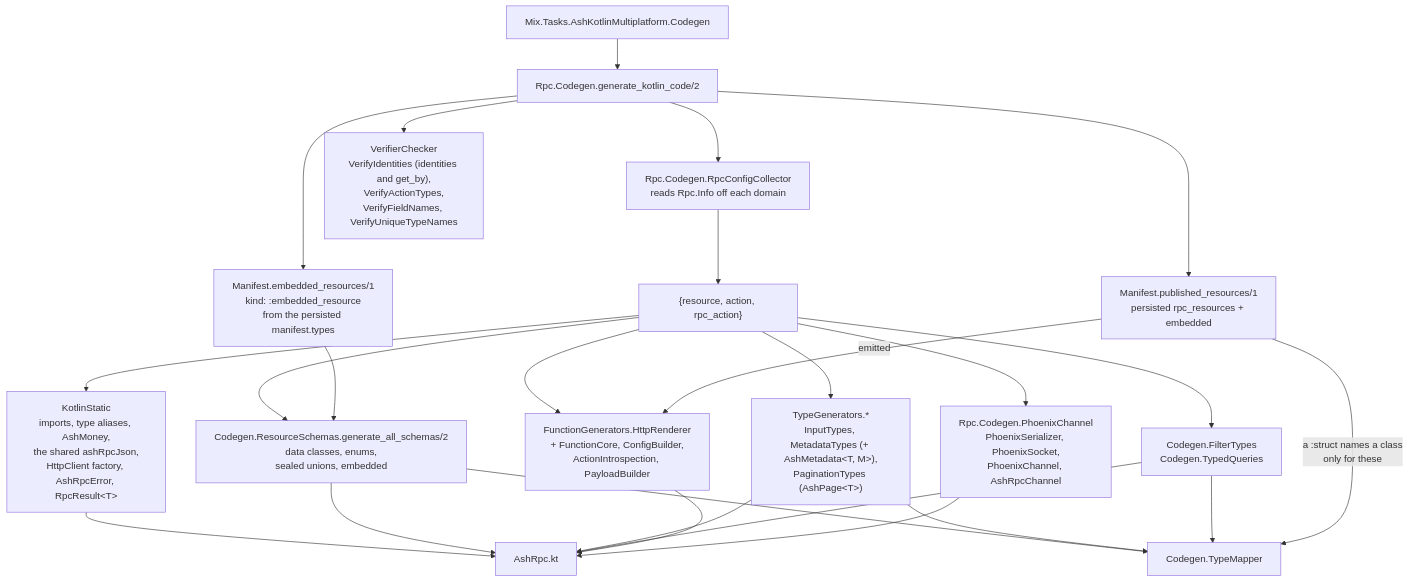
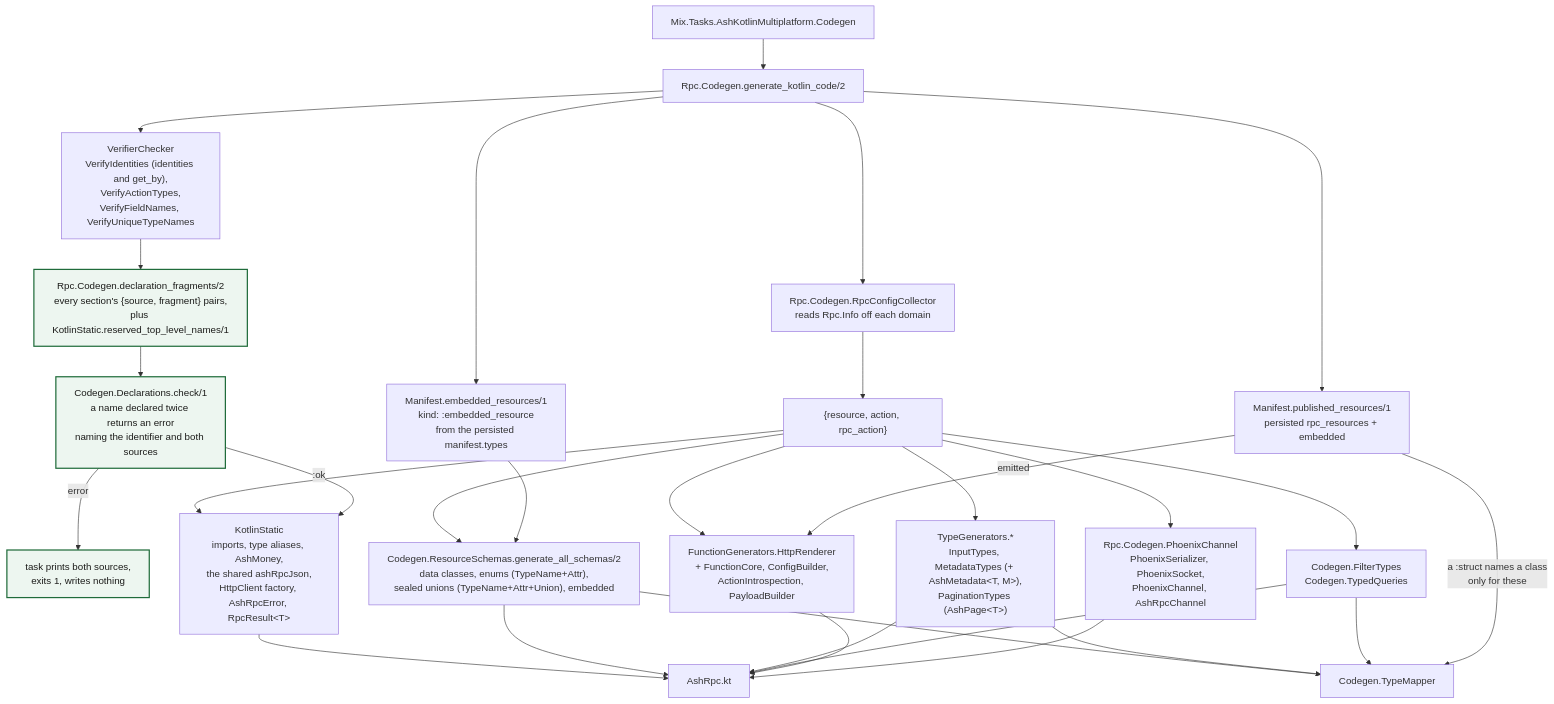
The third of 5 diagrams in docs/architecture.md (udin-io/ash_kotlin_multiplatform), drawn with Mermaid before and after one commit. The commit also changed other lines of this file and 17 other files, not shown here.

````diff
--- a/docs/architecture.md
+++ b/docs/architecture.md
@@ -93,32 +95,40 @@
 ```mermaid
 flowchart TD
     task["Mix.Tasks.AshKotlinMultiplatform.Codegen"] --> cg["Rpc.Codegen.generate_kotlin_code/2"]
 
     cg --> coll["Rpc.Codegen.RpcConfigCollector<br/>reads Rpc.Info off each domain"]
     cg --> emb["Manifest.embedded_resources/1<br/>kind: :embedded_resource<br/>from the persisted manifest.types"]
     cg --> pub["Manifest.published_resources/1<br/>persisted rpc_resources + embedded"]
     cg --> vc["VerifierChecker<br/>VerifyIdentities (identities and get_by),<br/>VerifyActionTypes,<br/>VerifyFieldNames, VerifyUniqueTypeNames"]
+    vc --> decl["Rpc.Codegen.declaration_fragments/2<br/>every section's {source, fragment} pairs,<br/>plus KotlinStatic.reserved_top_level_names/1"]
+    decl --> chk["Codegen.Declarations.check/1<br/>a name declared twice returns an error<br/>naming the identifier and both sources"]
+    chk -->|"error"| fail["task prints both sources,<br/>exits 1, writes nothing"]
 
     coll --> tuples["{resource, action, rpc_action}"]
 
     tuples --> static["KotlinStatic<br/>imports, type aliases, AshMoney,<br/>the shared ashRpcJson,<br/>HttpClient factory, AshRpcError, RpcResult&lt;T&gt;"]
-    tuples --> schemas["Codegen.ResourceSchemas.generate_all_schemas/2<br/>data classes, enums,<br/>sealed unions, embedded"]
+    tuples --> schemas["Codegen.ResourceSchemas.generate_all_schemas/2<br/>data classes, enums (TypeName+Attr),<br/>sealed unions (TypeName+Attr+Union), embedded"]
     emb --> schemas
     tuples --> types["TypeGenerators.*<br/>InputTypes, MetadataTypes (+ AshMetadata&lt;T, M&gt;),<br/>PaginationTypes (AshPage&lt;T&gt;)"]
     tuples --> filters["Codegen.FilterTypes<br/>Codegen.TypedQueries"]
     tuples --> fns["FunctionGenerators.HttpRenderer<br/>+ FunctionCore, ConfigBuilder,<br/>ActionIntrospection, PayloadBuilder"]
     pub -->|"emitted"| fns
     tuples --> chan["Rpc.Codegen.PhoenixChannel<br/>PhoenixSerializer, PhoenixSocket,<br/>PhoenixChannel, AshRpcChannel"]
 
     schemas --> tm["Codegen.TypeMapper"]
     types --> tm
     filters --> tm
+
+    chk -->|":ok"| static
     pub -->|"a :struct names a class<br/>only for these"| tm
 
     static --> out["AshRpc.kt"]
     schemas --> out
     types --> out
     filters --> out
     fns --> out
     chan --> out
+
+    classDef good fill:#edf6f0,stroke:#1f6b3a,stroke-width:2px,color:#1c1c1a
+    class decl,chk,fail good
 ```
````
